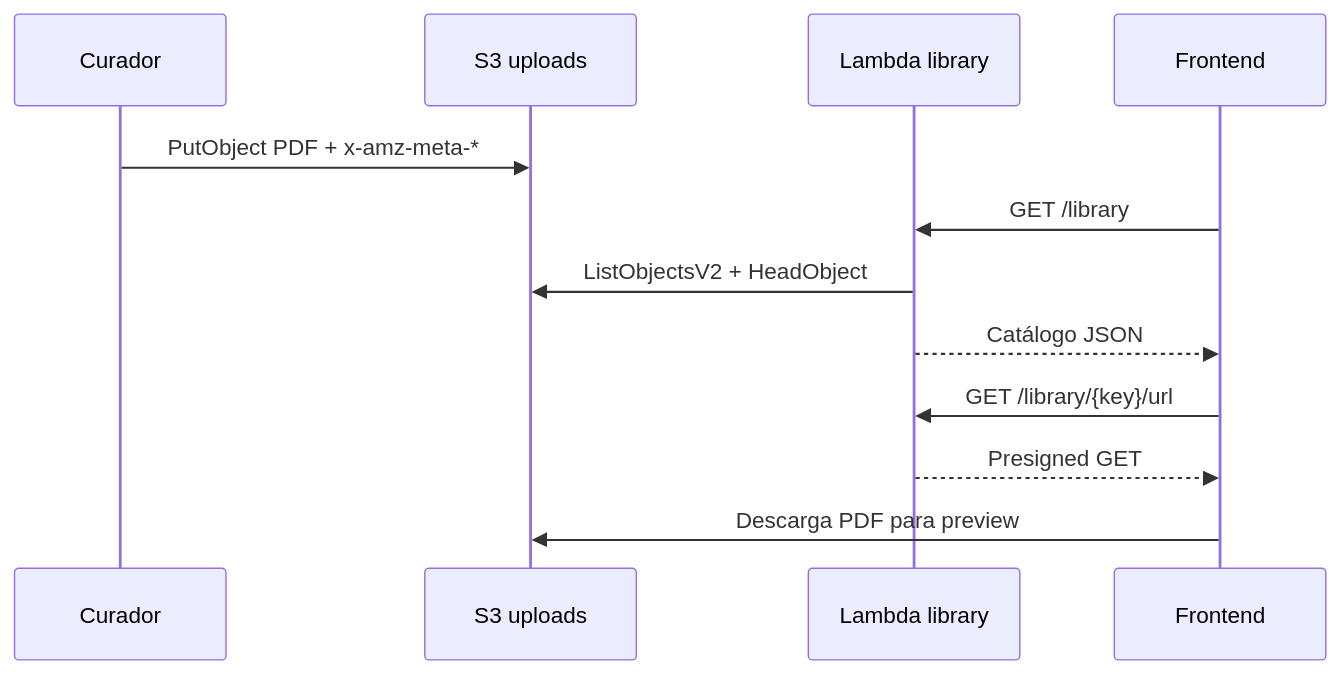
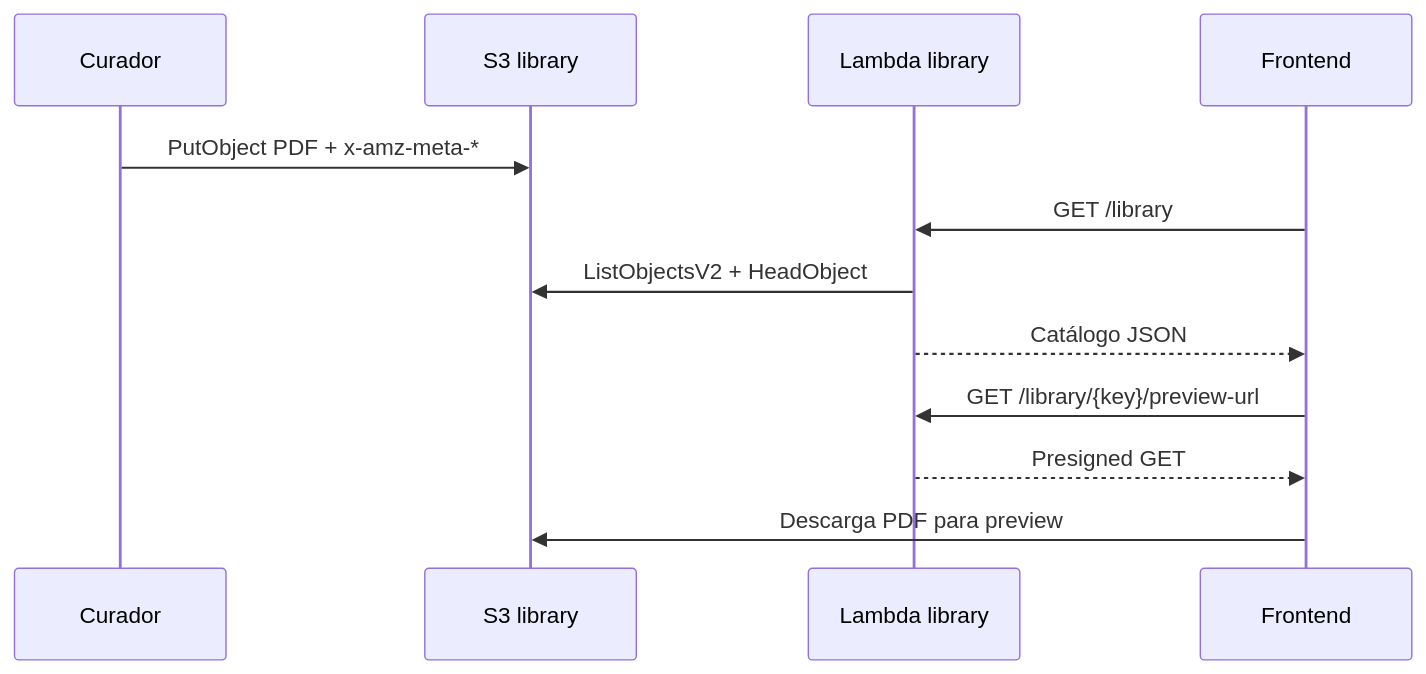
Before and after one commit to JosthinAyonC/chapterquest-serverless-app: the third of 6 diagrams in docs/Architecture.md, drawn with Mermaid. The commit also changed other lines of this file and 24 other files, not shown here.

Commit message:
refactor: restructure architecture documentation, update deployment instructions, and implement library and session features with WebSocket support

````diff
--- a/docs/Architecture.md
+++ b/docs/Architecture.md
@@ -79,15 +76,15 @@
 ```mermaid
 sequenceDiagram
   participant CUR as Curador
-  participant S3 as S3 uploads
+  participant S3 as S3 library
   participant L as Lambda library
   participant FE as Frontend
 
   CUR->>S3: PutObject PDF + x-amz-meta-*
   FE->>L: GET /library
   L->>S3: ListObjectsV2 + HeadObject
   L-->>FE: Catálogo JSON
-  FE->>L: GET /library/{key}/url
+  FE->>L: GET /library/{key}/preview-url
   L-->>FE: Presigned GET
   FE->>S3: Descarga PDF para preview
 ```
````
